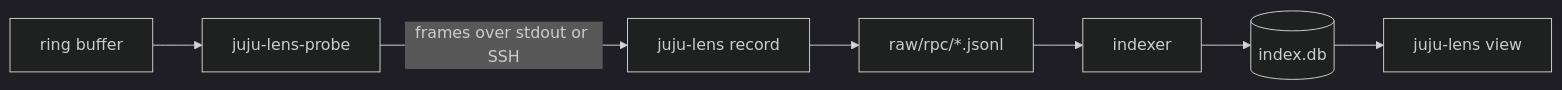
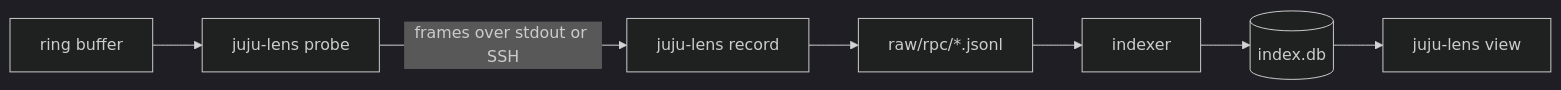
Before and after one commit to lucabello/juju-lens: the diagram in docs/explanation/from-wire-to-viewer.md, drawn with Mermaid (dark theme). The commit also changed other lines of this file and 23 other files, not shown here.

````diff
--- a/docs/explanation/from-wire-to-viewer.md
+++ b/docs/explanation/from-wire-to-viewer.md
@@ -5,9 +5,9 @@
 ```mermaid
 flowchart LR
-    A["ring buffer"] --> B["juju-lens-probe"]
+    A["ring buffer"] --> B["juju-lens probe"]
     B -->|"frames over stdout or SSH"| C["juju-lens record"]
     C --> D["raw/rpc/*.jsonl"]
     D --> E["indexer"]
     E --> F[("index.db")]
     F --> G["juju-lens view"]
 ```
````
